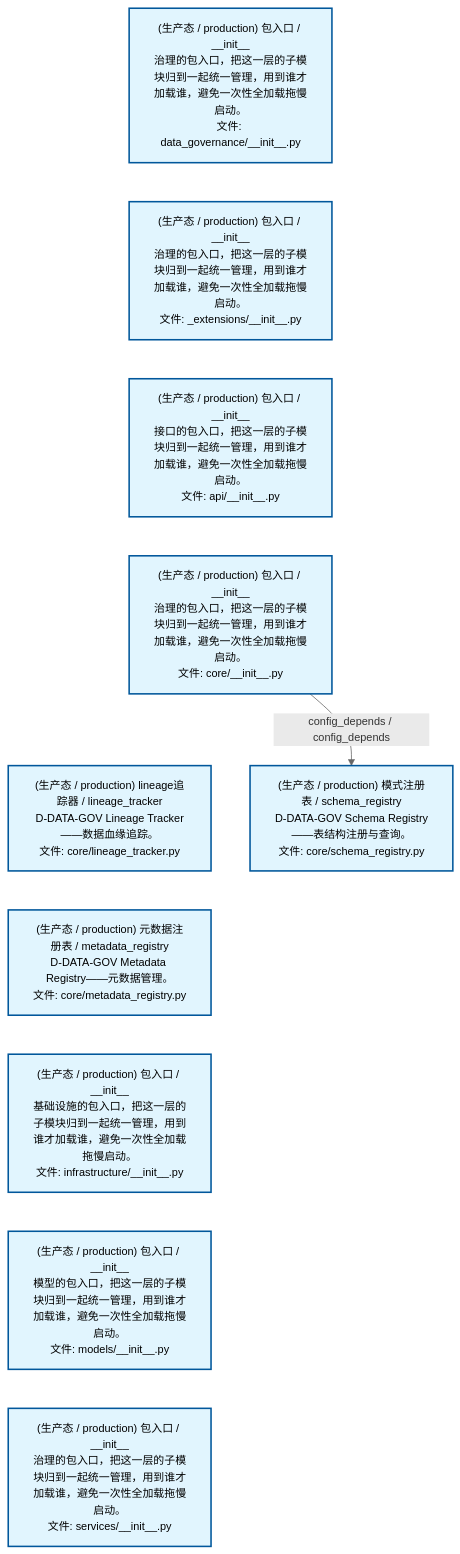
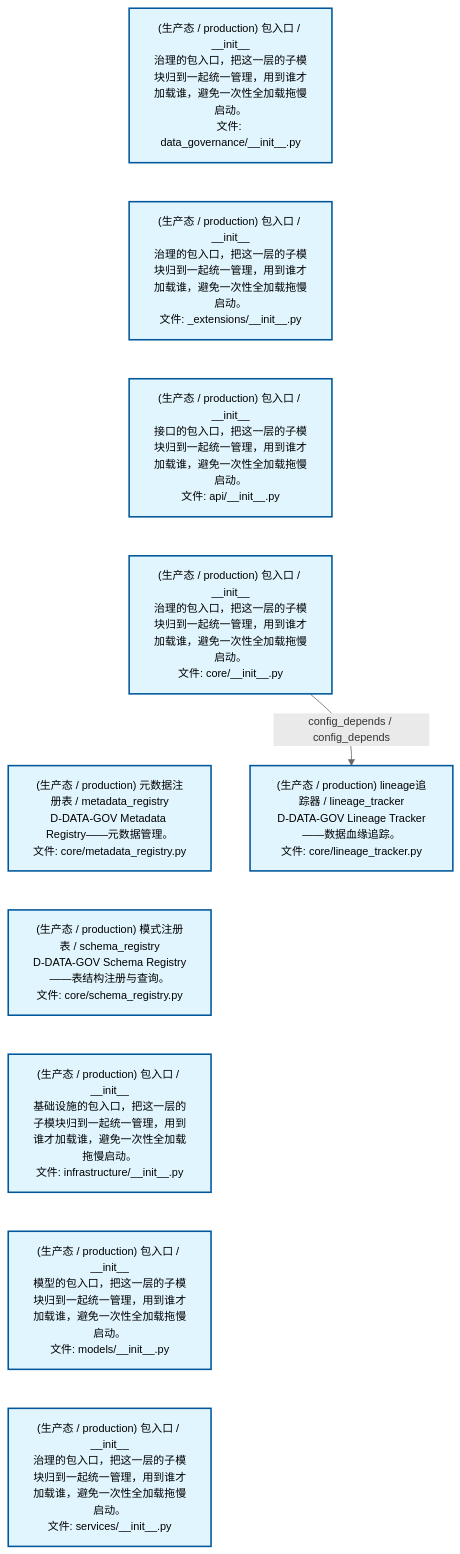
One commit to xuanFelixVan/ZephyrAlpha changed the first of 2 diagrams in docs/02_enterprise_architecture/02_domain_architecture_docs/13_d_data_gov.md. Above: the diagram before and after it, drawn with Mermaid. The commit also changed other lines of this file and 50 other files, not shown here.

````diff
--- a/docs/02_enterprise_architecture/02_domain_architecture_docs/13_d_data_gov.md
+++ b/docs/02_enterprise_architecture/02_domain_architecture_docs/13_d_data_gov.md
@@ -53,28 +53,28 @@
 ```mermaid
 %%{init: {'theme': 'base', 'themeVariables': {'primaryColor': '#eaeaea', 'primaryTextColor': '#333333', 'primaryBorderColor': '#666666', 'lineColor': '#666666', 'secondaryColor': '#eaeaea', 'tertiaryColor': '#eaeaea', 'fontSize': '14px'}}}%%
 flowchart TD
     src_zephyr_data_governance_init_py["(生产态 / production) 包入口 / __init__<br/>治理的包入口，把这一层的子模块归到一起统一管理，用到谁才加载谁，避免一次性全加载拖慢启动。<br/>文件: data_governance/__init__.py"]
     src_zephyr_data_governance_extensions_init_py["(生产态 / production) 包入口 / __init__<br/>治理的包入口，把这一层的子模块归到一起统一管理，用到谁才加载谁，避免一次性全加载拖慢启动。<br/>文件: _extensions/__init__.py"]
     src_zephyr_data_governance_api_init_py["(生产态 / production) 包入口 / __init__<br/>接口的包入口，把这一层的子模块归到一起统一管理，用到谁才加载谁，避免一次性全加载拖慢启动。<br/>文件: api/__init__.py"]
     src_zephyr_data_governance_core_init_py["(生产态 / production) 包入口 / __init__<br/>治理的包入口，把这一层的子模块归到一起统一管理，用到谁才加载谁，避免一次性全加载拖慢启动。<br/>文件: core/__init__.py"]
-    src_zephyr_data_governance_core_lineage_tracker_py["(生产态 / production) lineage追踪器 / lineage_tracker<br/>D-DATA-GOV Lineage Tracker——数据血缘追踪。<br/>文件: core/lineage_tracker.py"]
     src_zephyr_data_governance_core_metadata_registry_py["(生产态 / production) 元数据注册表 / metadata_registry<br/>D-DATA-GOV Metadata Registry——元数据管理。<br/>文件: core/metadata_registry.py"]
+    src_zephyr_data_governance_core_schema_registry_py["(生产态 / production) 模式注册表 / schema_registry<br/>D-DATA-GOV Schema Registry——表结构注册与查询。<br/>文件: core/schema_registry.py"]
     src_zephyr_data_governance_infrastructure_init_py["(生产态 / production) 包入口 / __init__<br/>基础设施的包入口，把这一层的子模块归到一起统一管理，用到谁才加载谁，避免一次性全加载拖慢启动。<br/>文件: infrastructure/__init__.py"]
     src_zephyr_data_governance_models_init_py["(生产态 / production) 包入口 / __init__<br/>模型的包入口，把这一层的子模块归到一起统一管理，用到谁才加载谁，避免一次性全加载拖慢启动。<br/>文件: models/__init__.py"]
     src_zephyr_data_governance_services_init_py["(生产态 / production) 包入口 / __init__<br/>治理的包入口，把这一层的子模块归到一起统一管理，用到谁才加载谁，避免一次性全加载拖慢启动。<br/>文件: services/__init__.py"]
     src_zephyr_data_governance_init_py ~~~ src_zephyr_data_governance_extensions_init_py
     src_zephyr_data_governance_extensions_init_py ~~~ src_zephyr_data_governance_api_init_py
     src_zephyr_data_governance_api_init_py ~~~ src_zephyr_data_governance_core_init_py
-    src_zephyr_data_governance_core_init_py ~~~ src_zephyr_data_governance_core_lineage_tracker_py
-    src_zephyr_data_governance_core_lineage_tracker_py ~~~ src_zephyr_data_governance_core_metadata_registry_py
-    src_zephyr_data_governance_core_metadata_registry_py ~~~ src_zephyr_data_governance_infrastructure_init_py
+    src_zephyr_data_governance_core_init_py ~~~ src_zephyr_data_governance_core_metadata_registry_py
+    src_zephyr_data_governance_core_metadata_registry_py ~~~ src_zephyr_data_governance_core_schema_registry_py
+    src_zephyr_data_governance_core_schema_registry_py ~~~ src_zephyr_data_governance_infrastructure_init_py
     src_zephyr_data_governance_infrastructure_init_py ~~~ src_zephyr_data_governance_models_init_py
     src_zephyr_data_governance_models_init_py ~~~ src_zephyr_data_governance_services_init_py
-    src_zephyr_data_governance_core_schema_registry_py["(生产态 / production) 模式注册表 / schema_registry<br/>D-DATA-GOV Schema Registry——表结构注册与查询。<br/>文件: core/schema_registry.py"]
-    src_zephyr_data_governance_core_init_py -->|config_depends / config_depends| src_zephyr_data_governance_core_schema_registry_py
+    src_zephyr_data_governance_core_lineage_tracker_py["(生产态 / production) lineage追踪器 / lineage_tracker<br/>D-DATA-GOV Lineage Tracker——数据血缘追踪。<br/>文件: core/lineage_tracker.py"]
+    src_zephyr_data_governance_core_init_py -->|config_depends / config_depends| src_zephyr_data_governance_core_lineage_tracker_py
     classDef production fill:#e1f5fe,stroke:#01579b,stroke-width:2px,color:#000
     classDef design fill:#fff3e0,stroke:#e65100,stroke-width:2px,color:#000,stroke-dasharray: 5 5
     classDef external_prod fill:#e8f4fd,stroke:#0277bd,stroke-width:1px,color:#000
     classDef external_design fill:#fff8e7,stroke:#ef6c00,stroke-width:1px,color:#000,stroke-dasharray: 5 5
     class src_zephyr_data_governance_init_py,src_zephyr_data_governance_extensions_init_py,src_zephyr_data_governance_api_init_py,src_zephyr_data_governance_core_init_py,src_zephyr_data_governance_core_lineage_tracker_py,src_zephyr_data_governance_core_metadata_registry_py,src_zephyr_data_governance_core_schema_registry_py,src_zephyr_data_governance_infrastructure_init_py,src_zephyr_data_governance_models_init_py,src_zephyr_data_governance_services_init_py production
 ```
````
